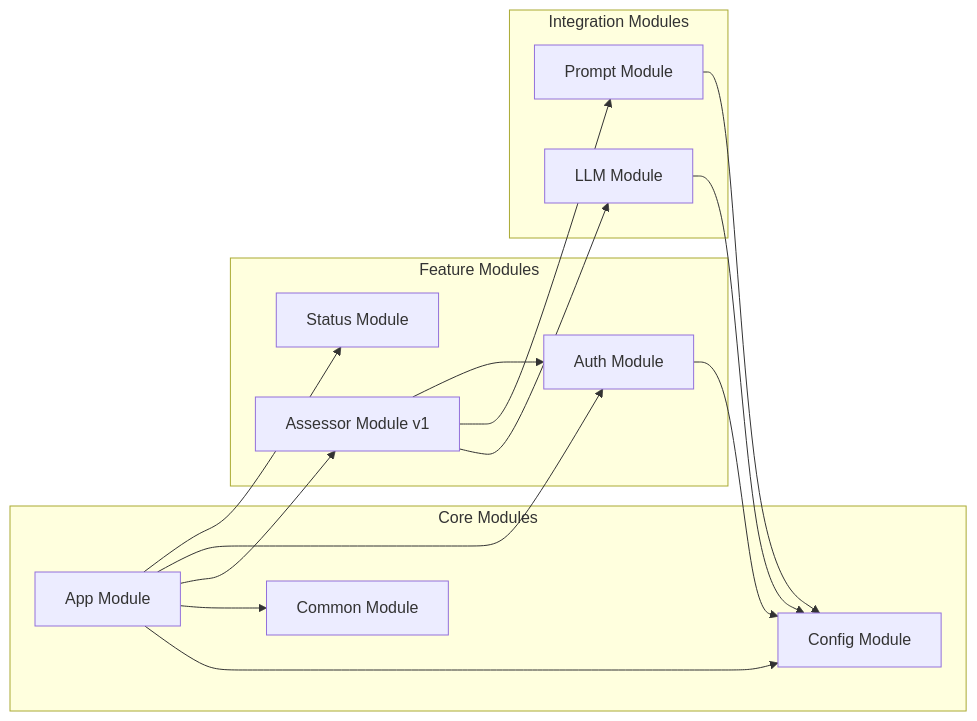
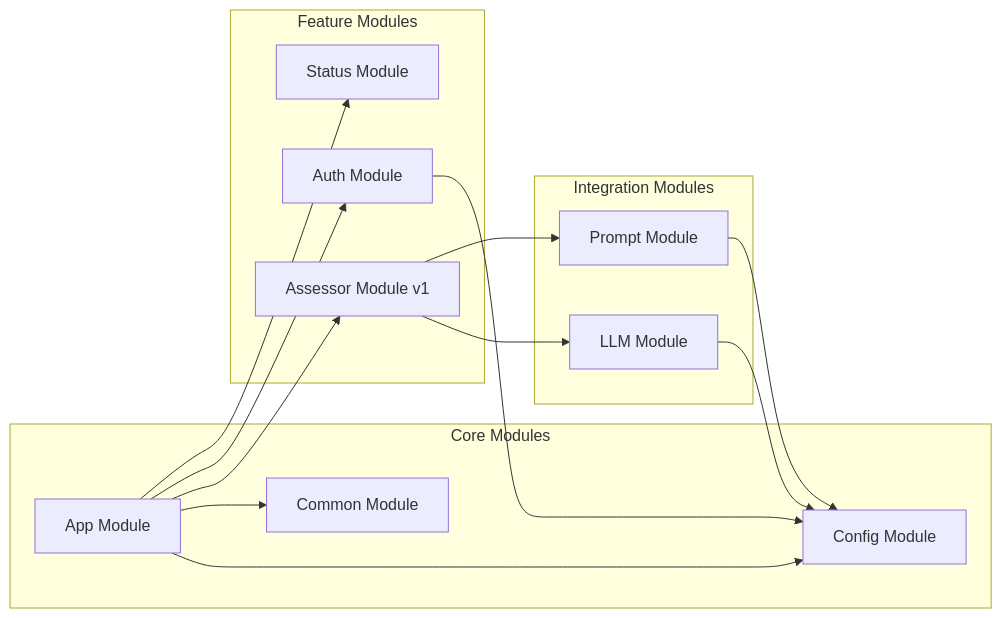
The second of 2 diagrams in docs/architecture/overview.md (h-arnold/AssessmentBot-Backend), drawn with Mermaid before and after one commit. The commit also changed other lines of this file and 2 other files, not shown here.

Commit message:
Refine architecture documentation: update Node.js version details and enhance Chain of Responsibility pattern explanation

````diff
--- a/docs/architecture/overview.md
+++ b/docs/architecture/overview.md
@@ -95,33 +95,33 @@
 ```mermaid
 graph LR
     subgraph "Core Modules"
         APP[App Module]
         CONFIG[Config Module]
         COMMON[Common Module]
     end
 
     subgraph "Feature Modules"
         ASSESSOR[Assessor Module v1]
         AUTH[Auth Module]
         STATUS[Status Module]
     end
 
     subgraph "Integration Modules"
         LLM[LLM Module]
         PROMPT[Prompt Module]
     end
 
     APP --> CONFIG
     APP --> COMMON
     APP --> ASSESSOR
     APP --> AUTH
     APP --> STATUS
 
     ASSESSOR --> LLM
     ASSESSOR --> PROMPT
-    ASSESSOR --> AUTH
+
 
     LLM --> CONFIG
     PROMPT --> CONFIG
     AUTH --> CONFIG
 ```
````
